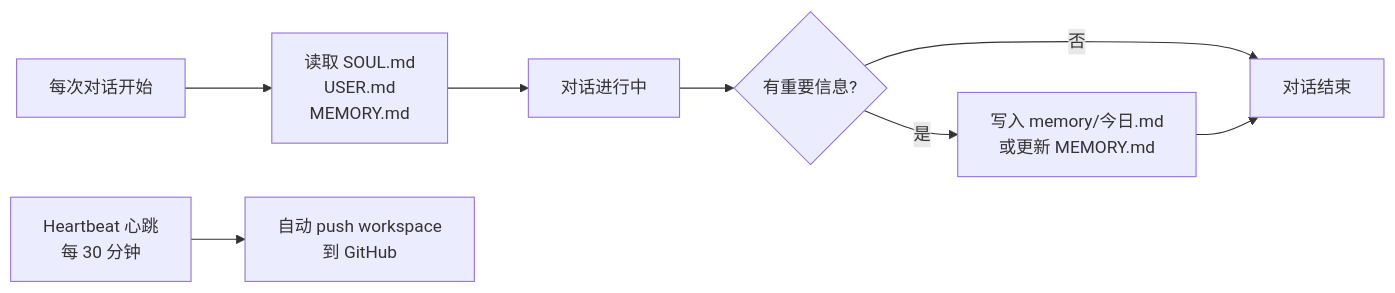
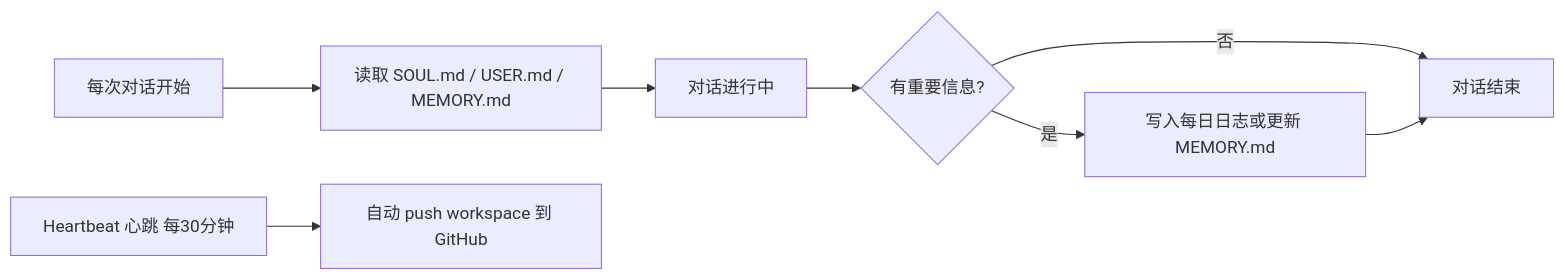
Before and after one commit to ildream/learnAI: the third of 4 diagrams in docs/openclaw/how-it-works.md, drawn with Mermaid. The commit also changed other lines of this file and 2 other files, not shown here.

Commit message:
fix: remove all \n from mermaid diagrams

````diff
--- a/docs/openclaw/how-it-works.md
+++ b/docs/openclaw/how-it-works.md
@@ -126,11 +126,11 @@
 ```mermaid
 graph LR
-    A[每次对话开始] --> B[读取 SOUL.md\nUSER.md\nMEMORY.md]
+    A[每次对话开始] --> B[读取 SOUL.md / USER.md / MEMORY.md]
     B --> C[对话进行中]
     C --> D{有重要信息?}
-    D -->|是| E[写入 memory/今日.md\n或更新 MEMORY.md]
+    D -->|是| E[写入每日日志或更新 MEMORY.md]
     D -->|否| F[对话结束]
     E --> F
 
-    G[Heartbeat 心跳\n每 30 分钟] --> H[自动 push workspace\n到 GitHub]
+    G[Heartbeat 心跳 每30分钟] --> H[自动 push workspace 到 GitHub]
 ```
````
